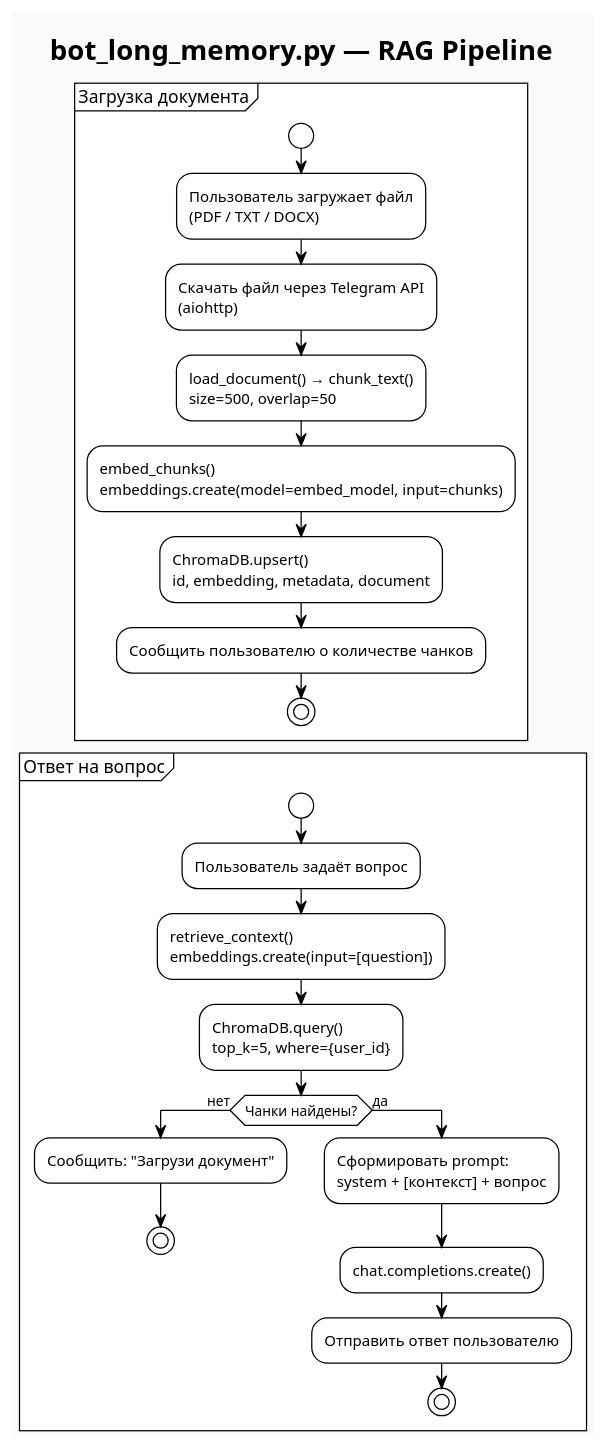
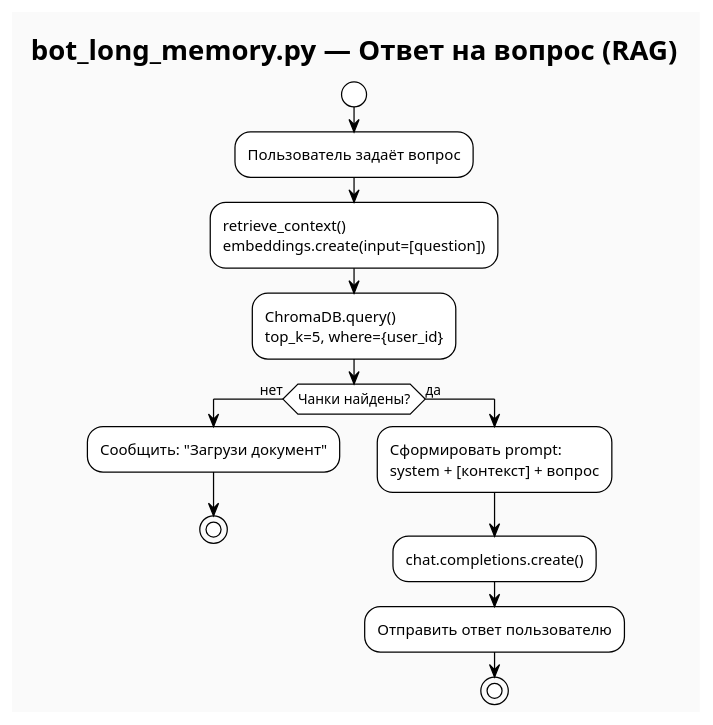
Before and after one commit to MatveiV/ShortLongMemoryBots: the eighth of 16 diagrams in README.md, drawn with PlantUML. The commit also changed other lines of this file, not shown here.

Commit message:
Split diagram 3 into 3+4, renumber diagrams to 8 total

````diff
--- a/README.md
+++ b/README.md
@@ -342,36 +368,23 @@
 ```plantuml
-@startuml long_memory_flow
+@startuml doc_question
 !theme plain
 skinparam backgroundColor #FAFAFA
 
-title bot_long_memory.py — RAG Pipeline
+title bot_long_memory.py — Ответ на вопрос (RAG)
 
-partition "Загрузка документа" {
-  start
-  :Пользователь загружает файл\n(PDF / TXT / DOCX);
-  :Скачать файл через Telegram API\n(aiohttp);
-  :load_document() → chunk_text()\nsize=500, overlap=50;
-  :embed_chunks()\nembeddings.create(model=embed_model, input=chunks);
-  :ChromaDB.upsert()\nid, embedding, metadata, document;
-  :Сообщить пользователю о количестве чанков;
+start
+:Пользователь задаёт вопрос;
+:retrieve_context()\nembeddings.create(input=[question]);
+:ChromaDB.query()\ntop_k=5, where={user_id};
+
+if (Чанки найдены?) then (нет)
+  :Сообщить: "Загрузи документ";
   stop
-}
-
-partition "Ответ на вопрос" {
-  start
-  :Пользователь задаёт вопрос;
-  :retrieve_context()\nembeddings.create(input=[question]);
-  :ChromaDB.query()\ntop_k=5, where={user_id};
-
-  if (Чанки найдены?) then (нет)
-    :Сообщить: "Загрузи документ";
-    stop
-  else (да)
-    :Сформировать prompt:\nsystem + [контекст] + вопрос;
-    :chat.completions.create();
-    :Отправить ответ пользователю;
-    stop
-  endif
-}
+else (да)
+  :Сформировать prompt:\nsystem + [контекст] + вопрос;
+  :chat.completions.create();
+  :Отправить ответ пользователю;
+  stop
+endif
 @enduml
 ```
````
